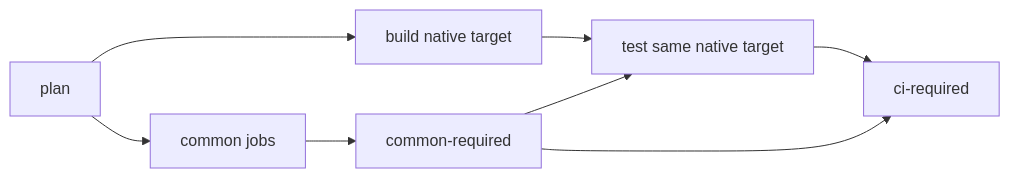
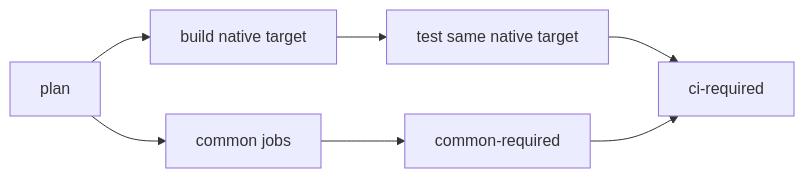
The diagram in docs/ci.md (vsevolodbazhan/qrow), drawn with Mermaid before and after one commit. The commit also changed other lines of this file and 7 other files, not shown here.

````diff
--- a/docs/ci.md
+++ b/docs/ci.md
@@ -34,10 +48,9 @@
 ```mermaid
 flowchart LR
     P[plan] --> C[common jobs]
     C --> G[common-required]
     P --> B[build native target]
     B --> T[test same native target]
-    G --> T
     T --> R[ci-required]
     G --> R
 ```
````
